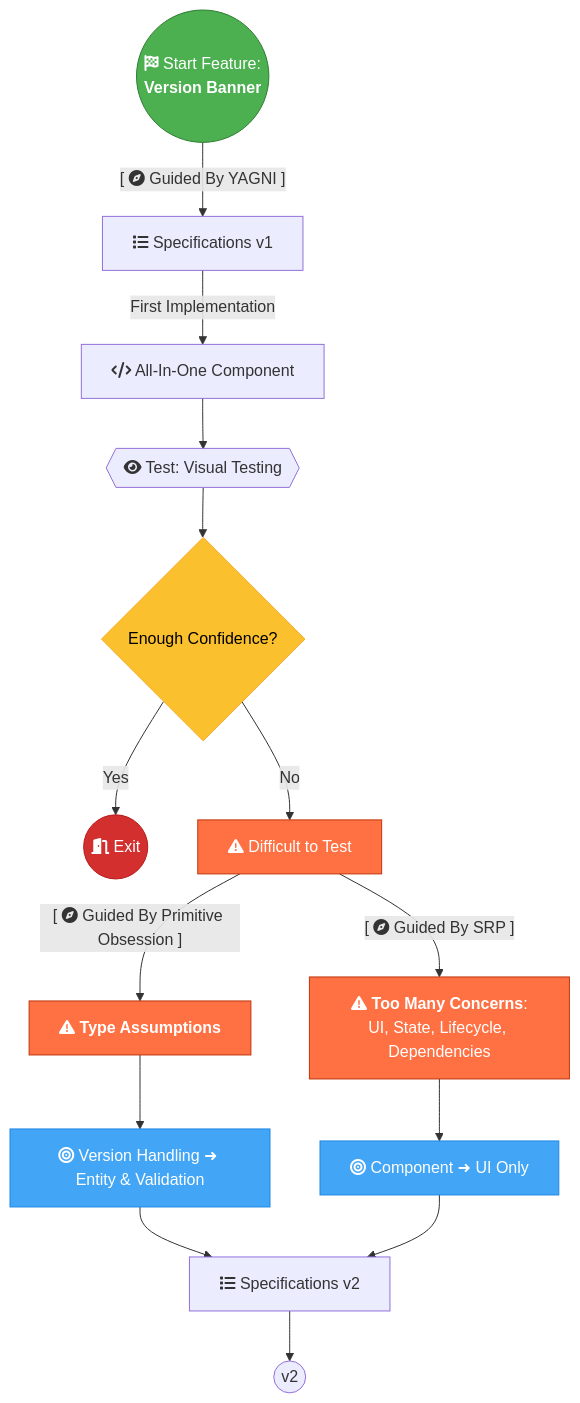
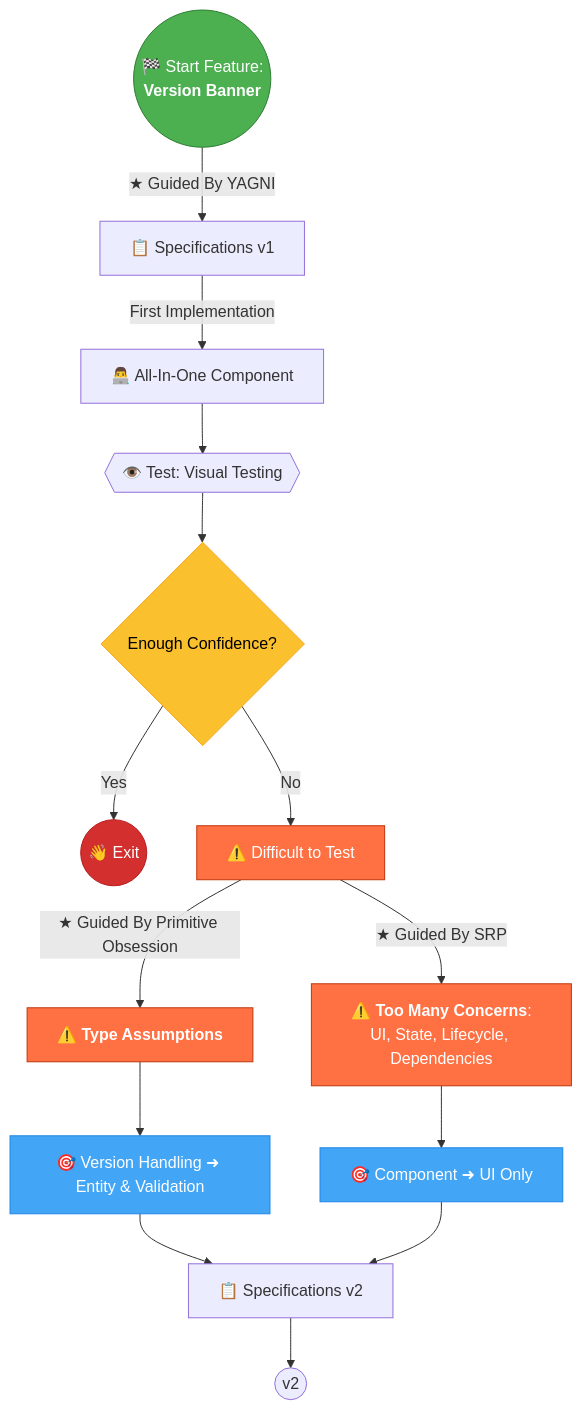
One commit to jeromeabel/nuxt-clean-architecture changed the diagram in docs/Testing a Simple Nuxt Feature - 2 - All-in-One Component (v1).md. Above: the diagram before and after it, drawn with Mermaid.

Commit message:
docs(version): remplace font awesome code by emojis

````diff
--- a/docs/Testing a Simple Nuxt Feature - 2 - All-in-One Component (v1).md
+++ b/docs/Testing a Simple Nuxt Feature - 2 - All-in-One Component (v1).md
@@ -47,57 +47,57 @@
 ```mermaid
 graph TB;
 
     %% Start %%
-    A((fa:fa-flag-checkered Start Feature:<br> <b>Version Banner</b>))
+    A((🏁 Start Feature:<br> <b>Version Banner</b>))
 
     %% Specs v1 Checklist %%
-    B[fa:fa-list Specifications v1]
+    B[📋 Specifications v1]
 
     %% Development Process %%
-    C[fa:fa-code All-In-One Component]
-    D{{fa:fa-eye Test: Visual Testing}}
+    C[👨‍💻 All-In-One Component]
+    D{{👁️ Test: Visual Testing}}
     E{Enough Confidence?}
-    F((fa:fa-door-open Exit))
+    F((👋 Exit))
 
     %% Issues %%
-    G[fa:fa-triangle-exclamation Difficult to Test]
-    G1[fa:fa-triangle-exclamation <b>Type Assumptions</b>]
-    G2[fa:fa-triangle-exclamation <b>Too Many Concerns</b>:<br>UI, State, Lifecycle, Dependencies]
+    G[⚠️ Difficult to Test]
+    G1[⚠️ <b>Type Assumptions</b>]
+    G2[⚠️ <b>Too Many Concerns</b>:<br>UI, State, Lifecycle, Dependencies]
 
     %% Specs v2 Checklist %%
-    H1["fa:fa-bullseye Version Handling ➜ Entity & Validation"]
-    H2["fa:fa-bullseye Component ➜ UI Only"]
-    I[fa:fa-list Specifications v2]
+    H1["🎯 Version Handling ➜ Entity & Validation"]
+    H2["🎯 Component ➜ UI Only"]
+    I[📋 Specifications v2]
 
     J((v2))
 
     %% Connections %%
-    A --> |"[ fa:fa-compass Guided By YAGNI ]"| B
+    A --> |"★ Guided By YAGNI"| B
     B --> |First Implementation| C
     C --> D
     D --> E
     E --> |Yes| F
     E --> |No| G
 
-    G -->|"[ fa:fa-compass Guided By Primitive Obsession ]"| G1
-    G -->|"[ fa:fa-compass Guided By SRP ]"| G2
+    G -->|"★ Guided By Primitive Obsession"| G1
+    G -->|"★ Guided By SRP"| G2
     G1 --> H1
     G2 --> H2
     H1 --> I
     H2 --> I
     I --> J
 
     %% Define Styles %%
     classDef start fill:#4CAF50,stroke:#2E7D32,color:#FFFFFF;
     classDef exit fill:#D32F2F,stroke:#B71C1C,color:#FFFFFF;
     classDef decision fill:#FBC02D,stroke:#F9A825,color:#000000;
     classDef issue fill:#FF7043,stroke:#BF360C,color:#FFFFFF;
     classDef action fill:#42A5F5,stroke:#1E88E5,color:#FFFFFF;
     classDef checklist fill:#E1F5FE,stroke:#0277BD,color:#000000;
     
     class A start;
     class F exit;
     class E decision;
     class G,G1,G2 issue;
     class H1,H2 action;
 ```
````
